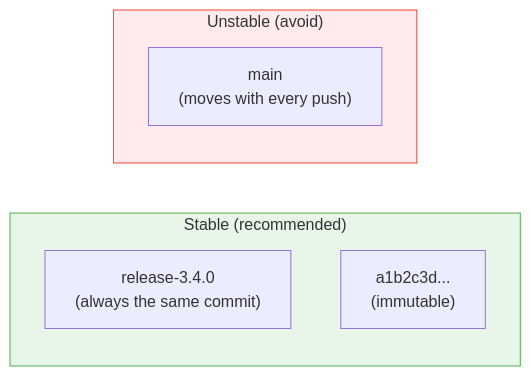
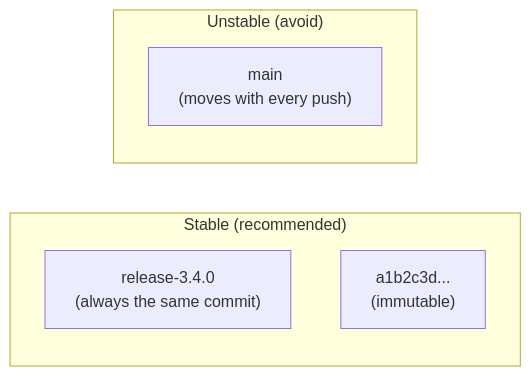
Before and after one commit to RosyGameStudio/forge-gpu: the third of 5 diagrams in lessons/engine/03-fetchcontent-dependencies/README.md, drawn with Mermaid. The commit also changed other lines of this file, not shown here.

First line of the commit message:
Remove custom mermaid styles for dark mode compatibility

````diff
--- a/lessons/engine/03-fetchcontent-dependencies/README.md
+++ b/lessons/engine/03-fetchcontent-dependencies/README.md
@@ -381,14 +371,11 @@
 ```mermaid
 flowchart LR
     subgraph Stable["Stable (recommended)"]
         Tag["release-3.4.0\n(always the same commit)"]
         Hash["a1b2c3d...\n(immutable)"]
     end
 
     subgraph Unstable["Unstable (avoid)"]
         Branch["main\n(moves with every push)"]
     end
-
-    style Stable fill:#e8f5e9,stroke:#4CAF50,color:#333
-    style Unstable fill:#ffebee,stroke:#f44336,color:#333
 ```
````
